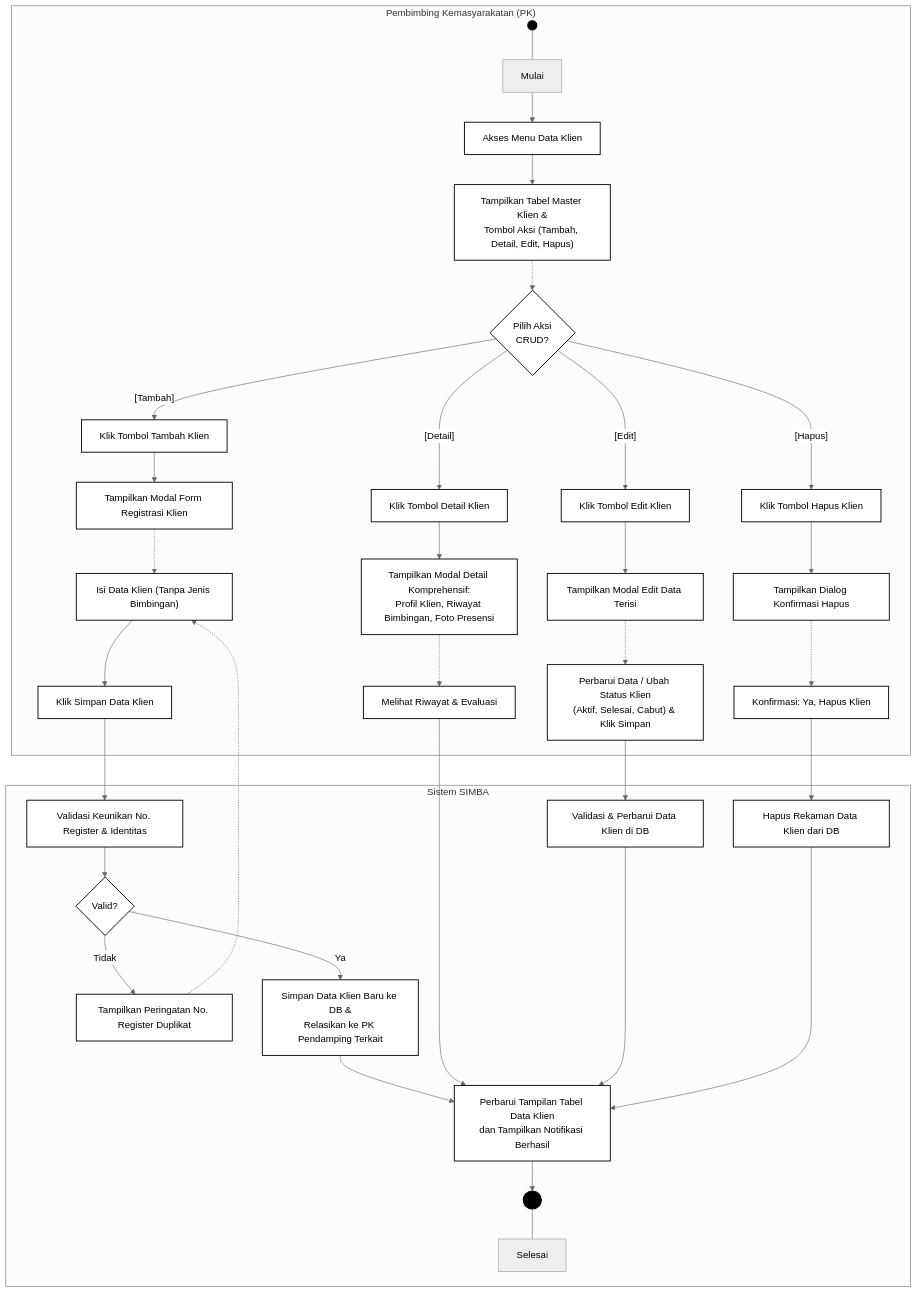
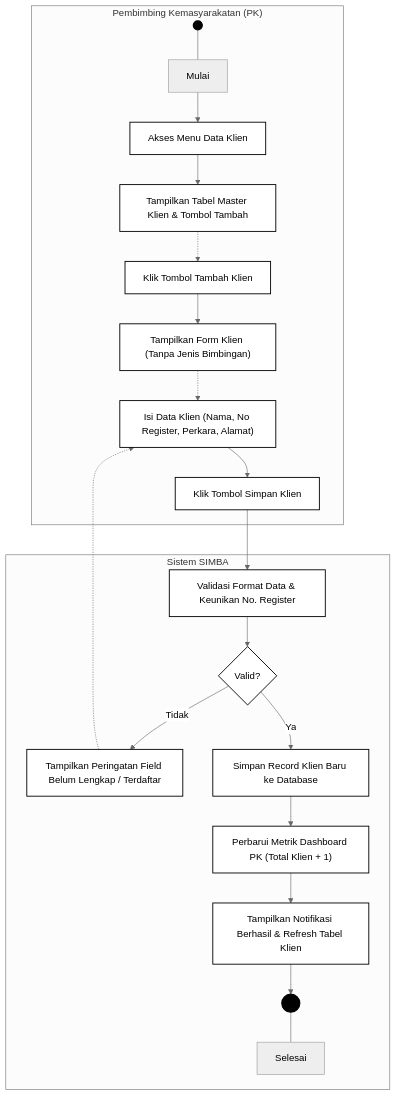
Before and after one commit to hilyaaulia14/SIMBA: the eighth of 12 diagrams in diagram/activity_diagram_simba.md, drawn with Mermaid (neutral theme). The commit also changed other lines of this file and 3 other files, not shown here.

Commit message:
Menambahkan diagram yang diperlukan

````diff
--- a/diagram/activity_diagram_simba.md
+++ b/diagram/activity_diagram_simba.md
@@ -124,56 +298,30 @@
 ```mermaid
 flowchart TD
     classDef bw fill:#ffffff,stroke:#000000,stroke-width:1.5px,color:#000000;
     classDef startEnd fill:#000000,stroke:#000000,stroke-width:2px,color:#ffffff;
 
-    subgraph PK ["Pembimbing Kemasyarakatan (PK)"]
-        S3(( )):::startEnd
-        L3["Mulai"]
-        S3 --- L3
-        L3 --> K1["Akses Menu Data Klien"]:::bw
-        K2["Tampilkan Tabel Master Klien &\nTombol Aksi (Tambah, Detail, Edit, Hapus)"]:::bw -.-> D_CRUD2{"Pilih Aksi\nCRUD?"}:::bw
-
-        %% Cabang CREATE
-        D_CRUD2 -- "[Tambah]" --> KC1["Klik Tombol Tambah Klien"]:::bw
-        KC2["Tampilkan Modal Form Registrasi Klien"]:::bw -.-> KC3["Isi Data Klien (Tanpa Jenis Bimbingan)"]:::bw
-        KC3 --> KC4["Klik Simpan Data Klien"]:::bw
-
-        %% Cabang READ DETAIL
-        D_CRUD2 -- "[Detail]" --> KR1["Klik Tombol Detail Klien"]:::bw
-        KR2["Tampilkan Modal Detail Komprehensif:\nProfil Klien, Riwayat Bimbingan, Foto Presensi"]:::bw -.-> KR3["Melihat Riwayat & Evaluasi"]:::bw
-
-        %% Cabang UPDATE
-        D_CRUD2 -- "[Edit]" --> KU1["Klik Tombol Edit Klien"]:::bw
-        KU2["Tampilkan Modal Edit Data Terisi"]:::bw -.-> KU3["Perbarui Data / Ubah Status Klien\n(Aktif, Selesai, Cabut) & Klik Simpan"]:::bw
-
-        %% Cabang DELETE
-        D_CRUD2 -- "[Hapus]" --> KD1["Klik Tombol Hapus Klien"]:::bw
-        KD2["Tampilkan Dialog Konfirmasi Hapus"]:::bw -.-> KD3["Konfirmasi: Ya, Hapus Klien"]:::bw
+    subgraph PK_ADD ["Pembimbing Kemasyarakatan (PK)"]
+        S8_K(( )):::startEnd
+        L8_K["Mulai"]
+        S8_K --- L8_K
+        L8_K --> K1["Akses Menu Data Klien"]:::bw
+        K2["Tampilkan Tabel Master Klien & Tombol Tambah"]:::bw -.-> K3["Klik Tombol Tambah Klien"]:::bw
+        K4["Tampilkan Form Klien (Tanpa Jenis Bimbingan)"]:::bw -.-> K5["Isi Data Klien (Nama, No Register, Perkara, Alamat)"]:::bw
+        K5 --> K6["Klik Tombol Simpan Klien"]:::bw
     end
 
-    subgraph SISTEM3 ["Sistem SIMBA"]
+    subgraph SISTEM_K_ADD ["Sistem SIMBA"]
         K1 --> K2
-        KC1 --> KC2
-        KC4 --> KC5["Validasi Keunikan No. Register & Identitas"]:::bw
-        KC5 --> D_VAL2{"Valid?"}:::bw
-        D_VAL2 -- "Tidak" --> KC_ERR["Tampilkan Peringatan No. Register Duplikat"]:::bw
-        KC_ERR -.-> KC3
-        D_VAL2 -- "Ya" --> KC6["Simpan Data Klien Baru ke DB &\nRelasikan ke PK Pendamping Terkait"]:::bw
-
-        KR1 --> KR2
-        KU1 --> KU2
-        KU3 --> KU4["Validasi & Perbarui Data Klien di DB"]:::bw
-
-        KD1 --> KD2
-        KD3 --> KD4["Hapus Rekaman Data Klien dari DB"]:::bw
-
-        KC6 --> MERGE2["Perbarui Tampilan Tabel Data Klien\ndan Tampilkan Notifikasi Berhasil"]:::bw
-        KR3 --> MERGE2
-        KU4 --> MERGE2
-        KD4 --> MERGE2
-
-        MERGE2 --> E4((( ))):::startEnd
-        L_END4["Selesai"]
-        E4 --- L_END4
+        K3 --> K4
+        K6 --> K7["Validasi Format Data & Keunikan No. Register"]:::bw
+        K7 --> D_K1{"Valid?"}:::bw
+        D_K1 -- "Tidak" --> K_ERR["Tampilkan Peringatan Field Belum Lengkap / Terdaftar"]:::bw
+        K_ERR -.-> K5
+        D_K1 -- "Ya" --> K8["Simpan Record Klien Baru ke Database"]:::bw
+        K8 --> K9["Perbarui Metrik Dashboard PK (Total Klien + 1)"]:::bw
+        K9 --> K10["Tampilkan Notifikasi Berhasil & Refresh Tabel Klien"]:::bw
+        K10 --> E_K_ADD((( ))):::startEnd
+        L_K_ADD["Selesai"]
+        E_K_ADD --- L_K_ADD
     end
 ```
````
